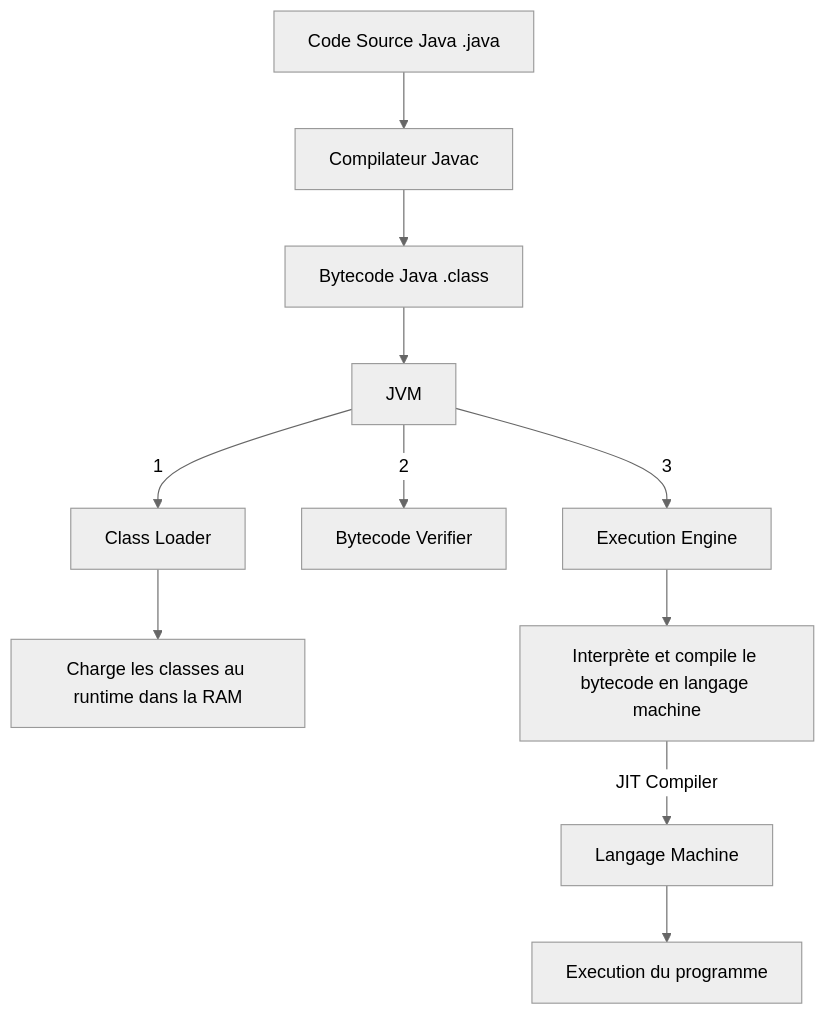
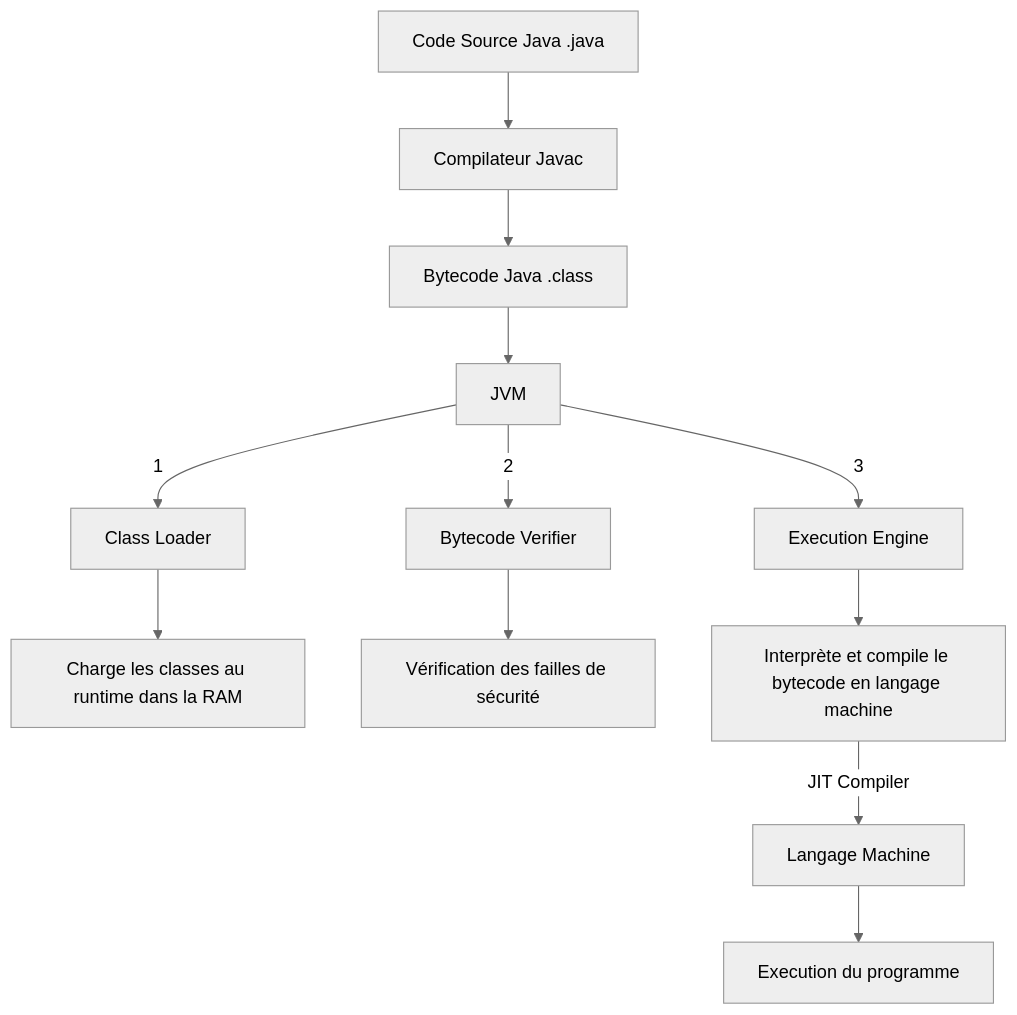
Before and after one commit to tanguybernard/computer-science-knowledge: the second of 2 diagrams in lang_fwk/java_world/courses/JVM.md, drawn with Mermaid (neutral theme).

````diff
--- a/lang_fwk/java_world/courses/JVM.md
+++ b/lang_fwk/java_world/courses/JVM.md
@@ -11,13 +11,14 @@
 ```mermaid
 flowchart TD
     A[Code Source Java .java] --> B[Compilateur Javac]
     B --> C[Bytecode Java .class]
     C --> D[JVM]
     D -->|1| E1[Class Loader]
     D -->|2| E2[Bytecode Verifier]
     D -->|3| E3[Execution Engine]
     E1 --> F1[Charge les classes au runtime dans la RAM]
+    E2 --> F2[Vérification des failles de sécurité]
     E3 --> F3[Interprète et compile le bytecode en langage machine]
     F3 -->|JIT Compiler| G[Langage Machine]
     G --> H[Execution du programme]
 ```
````
